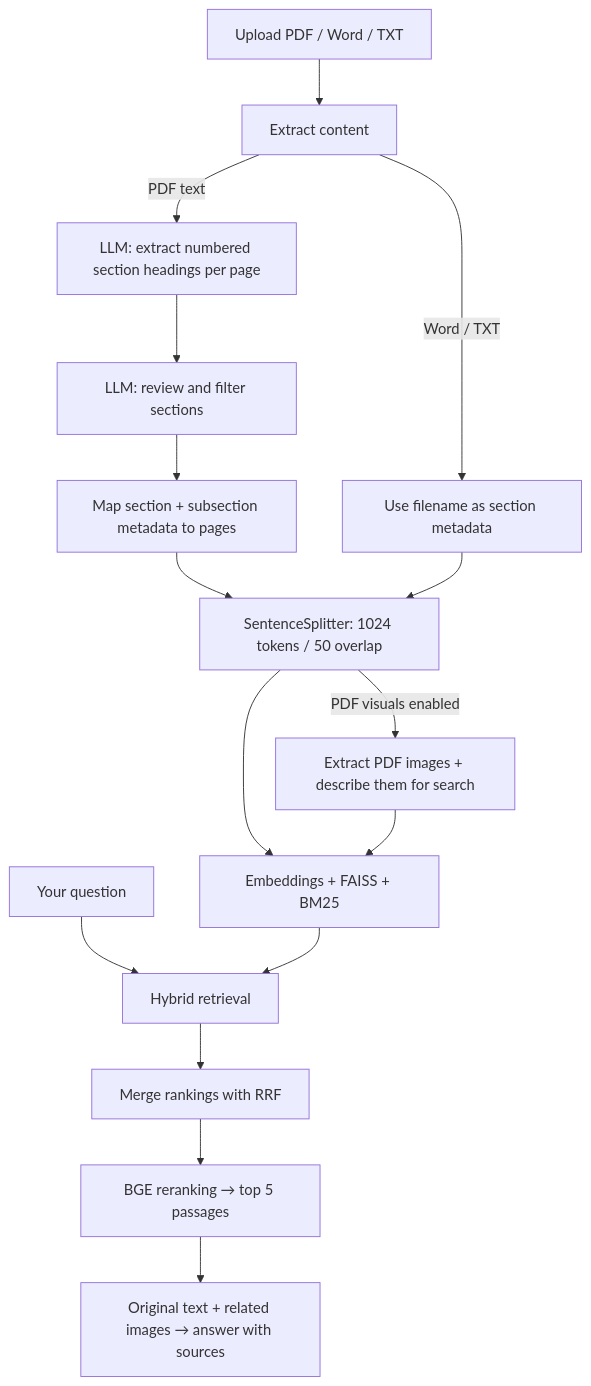
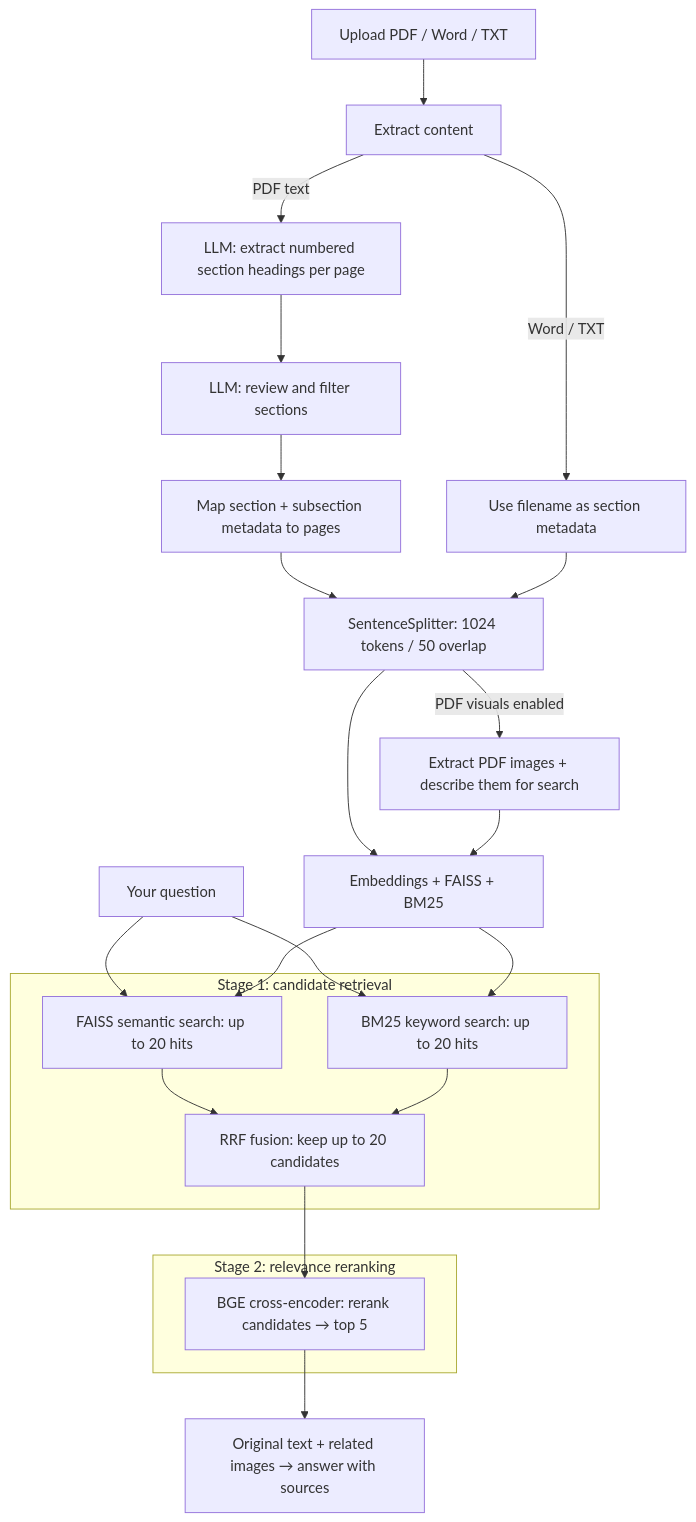
Before and after one commit to HUSSAMX7/Advanced_RAG: the diagram in README.md, drawn with Mermaid. The commit also changed other lines of this file, not shown here.

Commit message:
docs: clarify two-stage candidate retrieval and BGE reranking

````diff
--- a/README.md
+++ b/README.md
@@ -19,18 +19,25 @@
 ```mermaid
 flowchart TD
     A["Upload PDF / Word / TXT"] --> B["Extract content"]
     B -- PDF text --> C["LLM: extract numbered section headings per page"]
     C --> R["LLM: review and filter sections"]
     R --> M["Map section + subsection metadata to pages"]
     B -- Word / TXT --> W["Use filename as section metadata"]
     M --> S["SentenceSplitter: 1024 tokens / 50 overlap"]
     W --> S
     S --> D["Embeddings + FAISS + BM25"]
     S -- PDF visuals enabled --> V["Extract PDF images + describe them for search"]
     V --> D
-    Q["Your question"] --> E["Hybrid retrieval"]
-    D --> E
-    E --> F["Merge rankings with RRF"]
-    F --> G["BGE reranking → top 5 passages"]
+    Q["Your question"] --> Dense
+    Q --> Lexical
+    D --> Dense
+    D --> Lexical
+    subgraph Candidates["Stage 1: candidate retrieval"]
+        Dense["FAISS semantic search: up to 20 hits"] --> F["RRF fusion: keep up to 20 candidates"]
+        Lexical["BM25 keyword search: up to 20 hits"] --> F
+    end
+    subgraph Reranking["Stage 2: relevance reranking"]
+        F --> G["BGE cross-encoder: rerank candidates → top 5"]
+    end
     G --> H["Original text + related images → answer with sources"]
 ```
````
